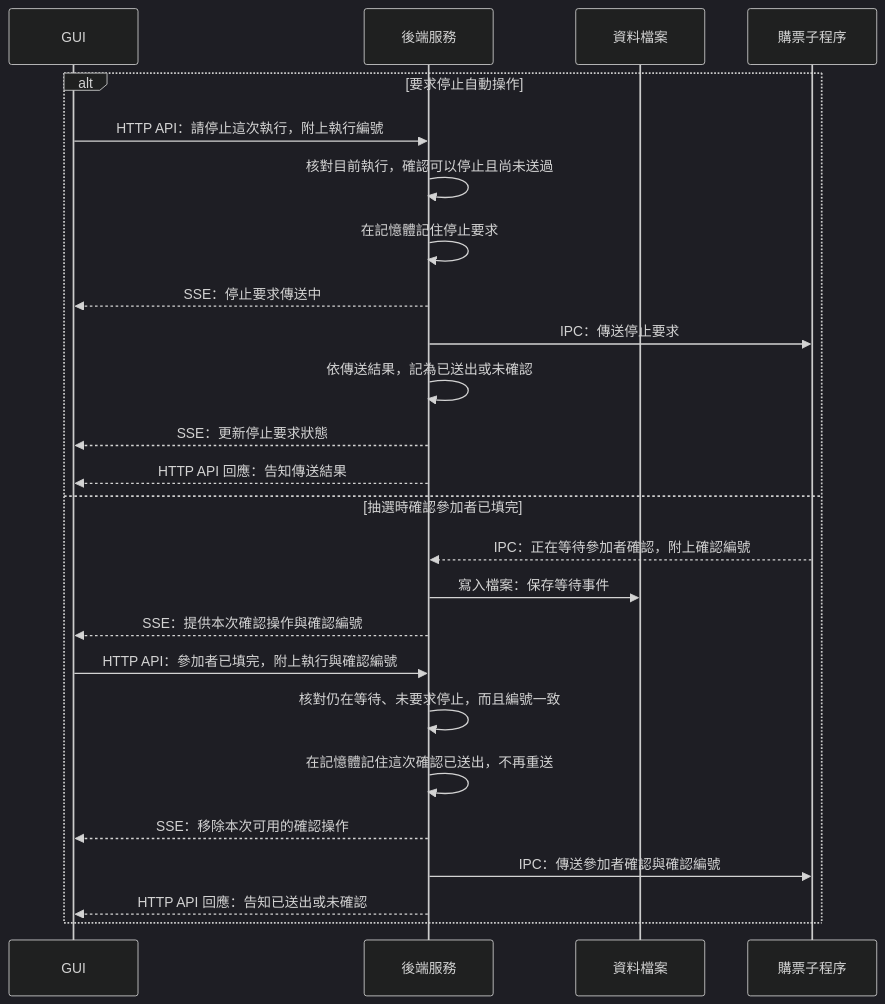
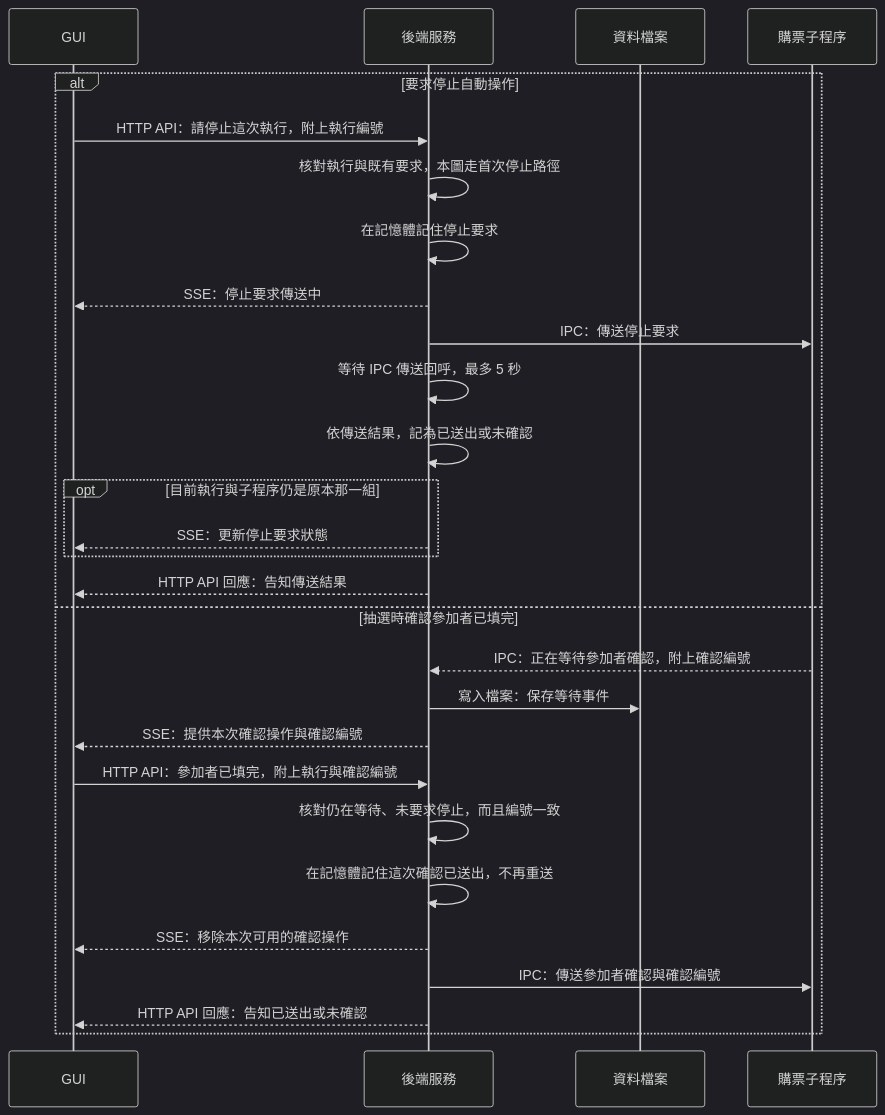
One commit to pablo0825/2026-09-ticketPilot changed the diagram in docs/architecture/run-controls.md. Above: the diagram before and after it, drawn with Mermaid (dark theme). The commit also changed other lines of this file and 3 other files, not shown here.

Commit message:
docs(architecture): clarify lifecycle events and control delivery

````diff
--- a/docs/architecture/run-controls.md
+++ b/docs/architecture/run-controls.md
@@ -7,28 +7,31 @@
 ```mermaid
 sequenceDiagram
     participant G as GUI
     participant B as 後端服務
     participant D as 資料檔案
     participant W as 購票子程序
 
     alt 要求停止自動操作
         G->>B: HTTP API：請停止這次執行，附上執行編號
-        B->>B: 核對目前執行，確認可以停止且尚未送過
+        B->>B: 核對執行與既有要求，本圖走首次停止路徑
         B->>B: 在記憶體記住停止要求
         B-->>G: SSE：停止要求傳送中
         B->>W: IPC：傳送停止要求
+        B->>B: 等待 IPC 傳送回呼，最多 5 秒
         B->>B: 依傳送結果，記為已送出或未確認
-        B-->>G: SSE：更新停止要求狀態
+        opt 目前執行與子程序仍是原本那一組
+            B-->>G: SSE：更新停止要求狀態
+        end
         B-->>G: HTTP API 回應：告知傳送結果
     else 抽選時確認參加者已填完
         W-->>B: IPC：正在等待參加者確認，附上確認編號
         B->>D: 寫入檔案：保存等待事件
         B-->>G: SSE：提供本次確認操作與確認編號
         G->>B: HTTP API：參加者已填完，附上執行與確認編號
         B->>B: 核對仍在等待、未要求停止，而且編號一致
         B->>B: 在記憶體記住這次確認已送出，不再重送
         B-->>G: SSE：移除本次可用的確認操作
         B->>W: IPC：傳送參加者確認與確認編號
         B-->>G: HTTP API 回應：告知已送出或未確認
     end
 ```
````
